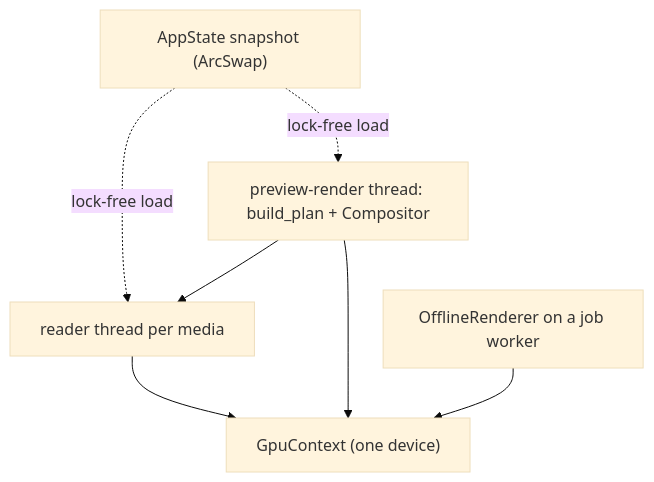
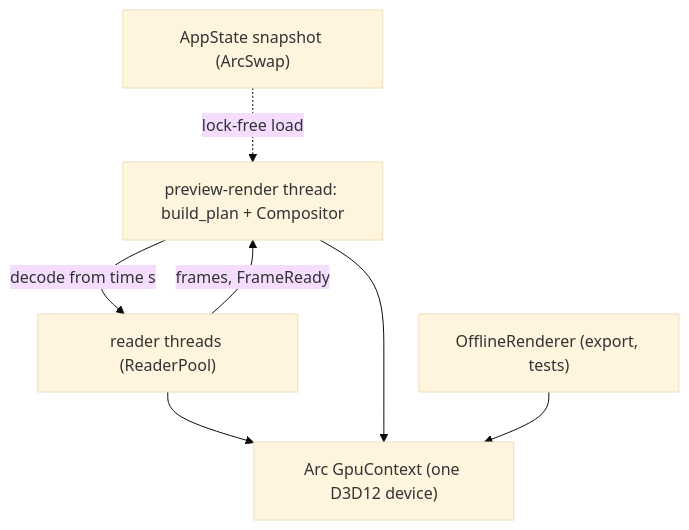
Before and after one commit to emicon123/cutframe: the second of 2 diagrams in docs/architecture/07-preview-and-render.md, drawn with Mermaid (base theme). The commit also changed other lines of this file and 4 other files, not shown here.

First line of the commit message:
docs: architecture pages for the render graph; move task 0320 to done

````diff
--- a/docs/architecture/07-preview-and-render.md
+++ b/docs/architecture/07-preview-and-render.md
@@ -193,14 +211,14 @@
 ```mermaid
 flowchart TB
   snap["AppState snapshot (ArcSwap)"]
   render["preview-render thread: build_plan + Compositor"]
-  readers["reader thread per media"]
-  gpu["GpuContext (one device)"]
-  export["OfflineRenderer on a job worker"]
+  readers["reader threads (ReaderPool)"]
+  gpu["Arc GpuContext (one D3D12 device)"]
+  export["OfflineRenderer (export, tests)"]
   snap -. "lock-free load" .-> render
-  snap -. "lock-free load" .-> readers
-  render --> readers
+  render -- "decode from time s" --> readers
+  readers -- "frames, FrameReady" --> render
   readers --> gpu
   render --> gpu
   export --> gpu
 ```
````
